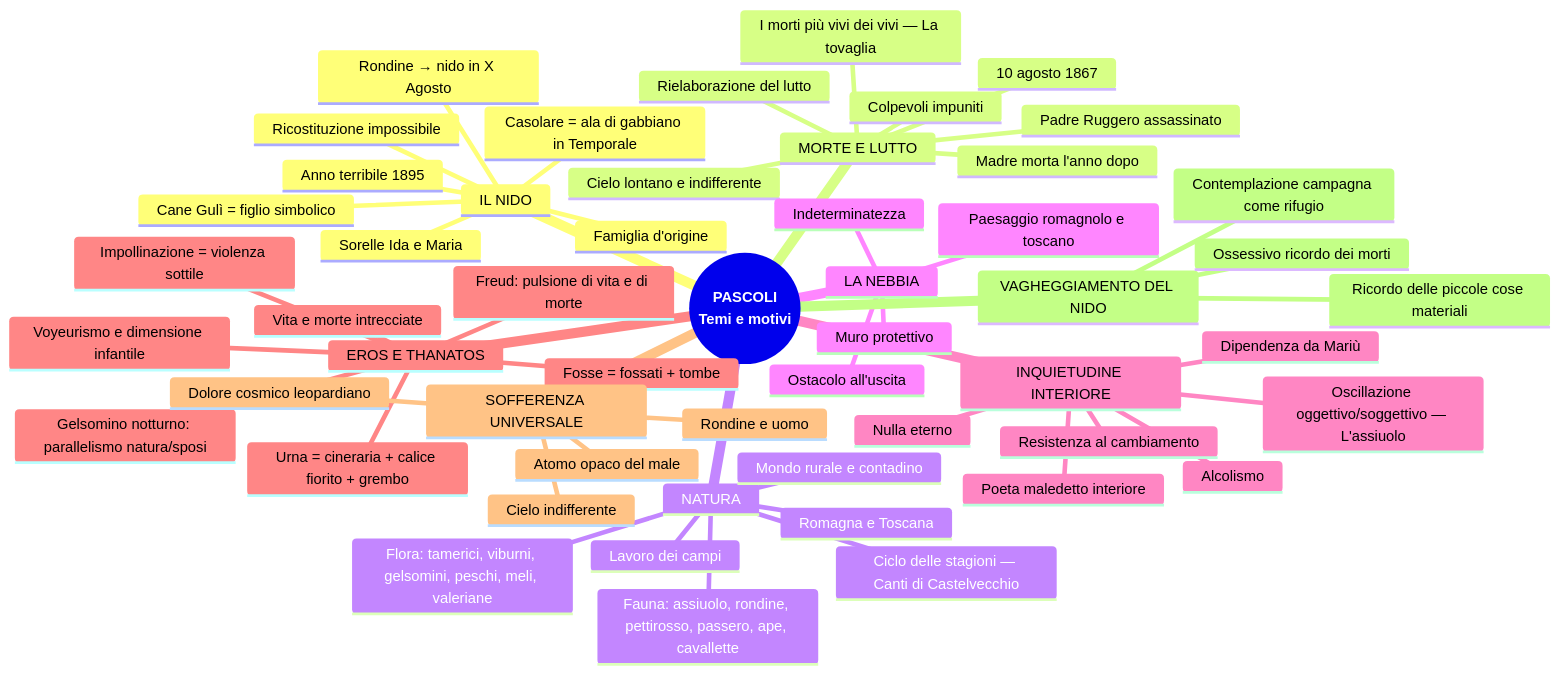
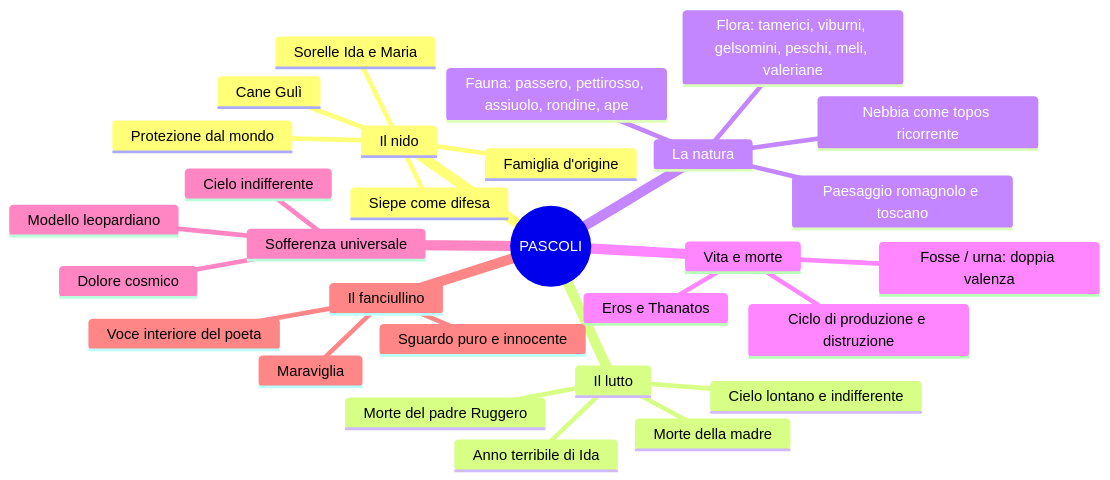
The fourth of 5 diagrams in italiano/pascoli/mega-schema.md (riccardo-algorime/appunti-5Bsa), drawn with Mermaid before and after one commit. The commit also changed other lines of this file and 23 other files, not shown here.

````diff
--- a/italiano/pascoli/mega-schema.md
+++ b/italiano/pascoli/mega-schema.md
@@ -1484,56 +673,32 @@
 ```mermaid
 mindmap
-  root((**PASCOLI<br/>Temi e motivi**))
-    IL NIDO
+  root((PASCOLI))
+    Il nido
       Famiglia d'origine
       Sorelle Ida e Maria
-      Ricostituzione impossibile
-      Anno terribile 1895
-      Rondine → nido in X Agosto
-      Casolare = ala di gabbiano in Temporale
-      Cane Gulì = figlio simbolico
-    MORTE E LUTTO
-      Padre Ruggero assassinato
-      10 agosto 1867
-      Madre morta l'anno dopo
-      Colpevoli impuniti
-      Rielaborazione del lutto
+      Cane Gulì
+      Protezione dal mondo
+      Siepe come difesa
+    Il lutto
+      Morte del padre Ruggero
+      Morte della madre
+      Anno terribile di Ida
       Cielo lontano e indifferente
-      I morti più vivi dei vivi — La tovaglia
-    NATURA
-      Romagna e Toscana
+    La natura
+      Paesaggio romagnolo e toscano
       Flora: tamerici, viburni, gelsomini, peschi, meli, valeriane
-      Fauna: assiuolo, rondine, pettirosso, passero, ape, cavallette
-      Lavoro dei campi
-      Mondo rurale e contadino
-      Ciclo delle stagioni — Canti di Castelvecchio
-    LA NEBBIA
-      Muro protettivo
-      Ostacolo all'uscita
-      Indeterminatezza
-      Paesaggio romagnolo e toscano
-    INQUIETUDINE INTERIORE
-      Alcolismo
-      Dipendenza da Mariù
-      Resistenza al cambiamento
-      Poeta maledetto interiore
-      Nulla eterno
-      Oscillazione oggettivo/soggettivo — L'assiuolo
-    EROS E THANATOS
-      Vita e morte intrecciate
-      Fosse = fossati + tombe
-      Urna = cineraria + calice fiorito + grembo
-      Gelsomino notturno: parallelismo natura/sposi
-      Voyeurismo e dimensione infantile
-      Impollinazione = violenza sottile
-      Freud: pulsione di vita e di morte
-    SOFFERENZA UNIVERSALE
-      Dolore cosmico leopardiano
-      Rondine e uomo
-      Atomo opaco del male
+      Fauna: passero, pettirosso, assiuolo, rondine, ape
+      Nebbia come topos ricorrente
+    Vita e morte
+      Eros e Thanatos
+      Fosse / urna: doppia valenza
+      Ciclo di produzione e distruzione
+    Sofferenza universale
+      Dolore cosmico
       Cielo indifferente
-    VAGHEGGIAMENTO DEL NIDO
-      Contemplazione campagna come rifugio
-      Ossessivo ricordo dei morti
-      Ricordo delle piccole cose materiali
+      Modello leopardiano
+    Il fanciullino
+      Sguardo puro e innocente
+      Maraviglia
+      Voce interiore del poeta
 ```
````
